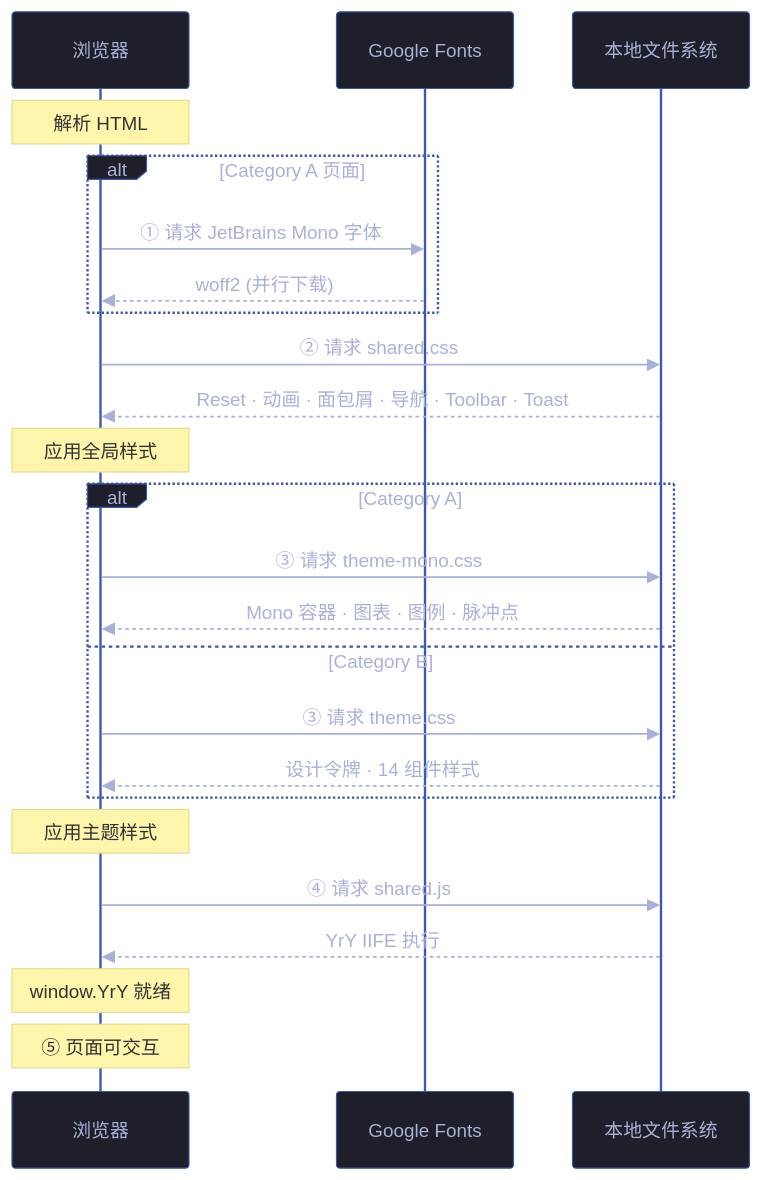
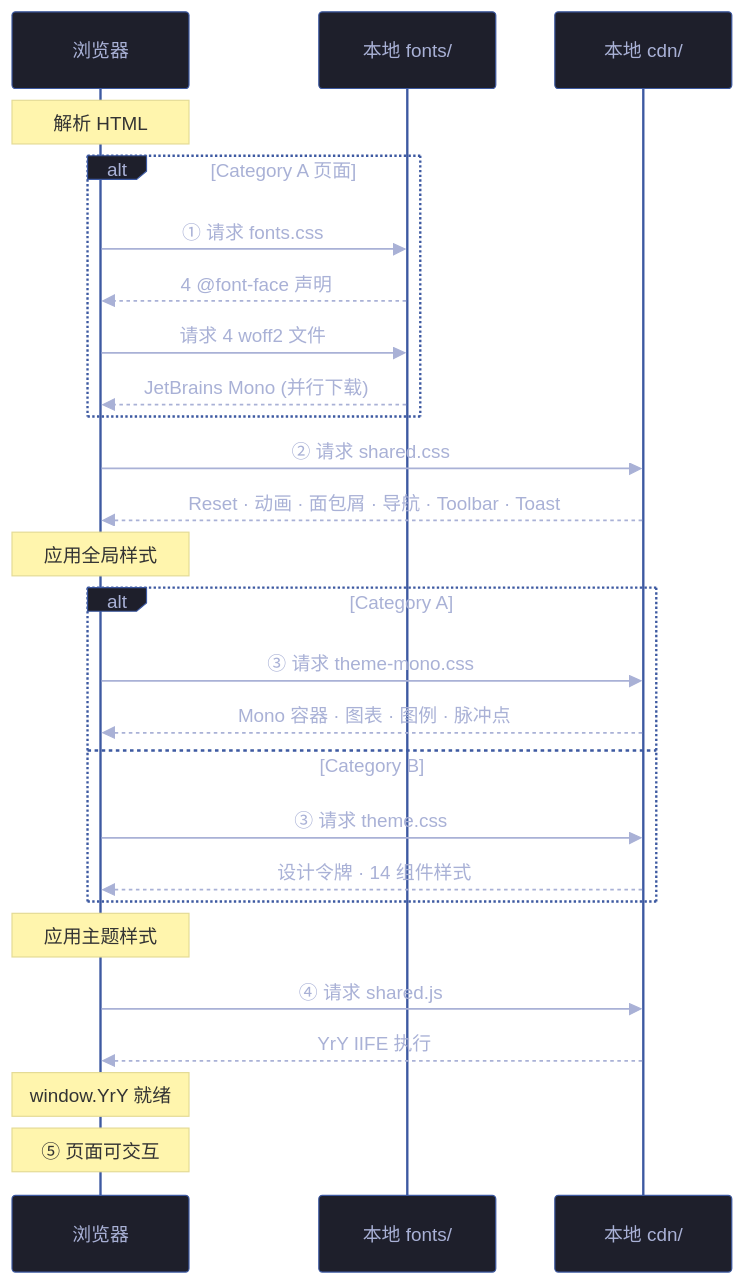
The third of 3 diagrams in docs/故事任务面板/yry-cdn/场景-1-cdn资源加载与页面渲染/index.md (effiy/YrY), drawn with Mermaid before and after one commit. The commit also changed other lines of this file and 341 other files, not shown here.

````diff
--- a/docs/故事任务面板/yry-cdn/场景-1-cdn资源加载与页面渲染/index.md
+++ b/docs/故事任务面板/yry-cdn/场景-1-cdn资源加载与页面渲染/index.md
@@ -106,40 +107,42 @@
 ```mermaid
 %%{init: {'theme': 'base', 'themeVariables': {
   'primaryColor': '#1e1f2b',
   'primaryTextColor': '#a9b1d6',
   'primaryBorderColor': '#3d59a1',
   'lineColor': '#3d59a1',
   'secondaryColor': '#2b2d3b',
   'tertiaryColor': '#21232f'
 }}}%%
 sequenceDiagram
     participant B as 浏览器
-    participant F as Google Fonts
-    participant L as 本地文件系统
+    participant F as 本地 fonts/
+    participant L as 本地 cdn/
 
     Note over B: 解析 HTML
 
     alt Category A 页面
-        B->>F: ① 请求 JetBrains Mono 字体
-        F-->>B: woff2 (并行下载)
+        B->>F: ① 请求 fonts.css
+        F-->>B: 4 @font-face 声明
+        B->>F: 请求 4 woff2 文件
+        F-->>B: JetBrains Mono (并行下载)
     end
 
     B->>L: ② 请求 shared.css
     L-->>B: Reset · 动画 · 面包屑 · 导航 · Toolbar · Toast
     Note over B: 应用全局样式
 
     alt Category A
         B->>L: ③ 请求 theme-mono.css
         L-->>B: Mono 容器 · 图表 · 图例 · 脉冲点
     else Category B
         B->>L: ③ 请求 theme.css
         L-->>B: 设计令牌 · 14 组件样式
     end
     Note over B: 应用主题样式
 
     B->>L: ④ 请求 shared.js
     L-->>B: YrY IIFE 执行
     Note over B: window.YrY 就绪
 
     Note over B: ⑤ 页面可交互
 ```
````
